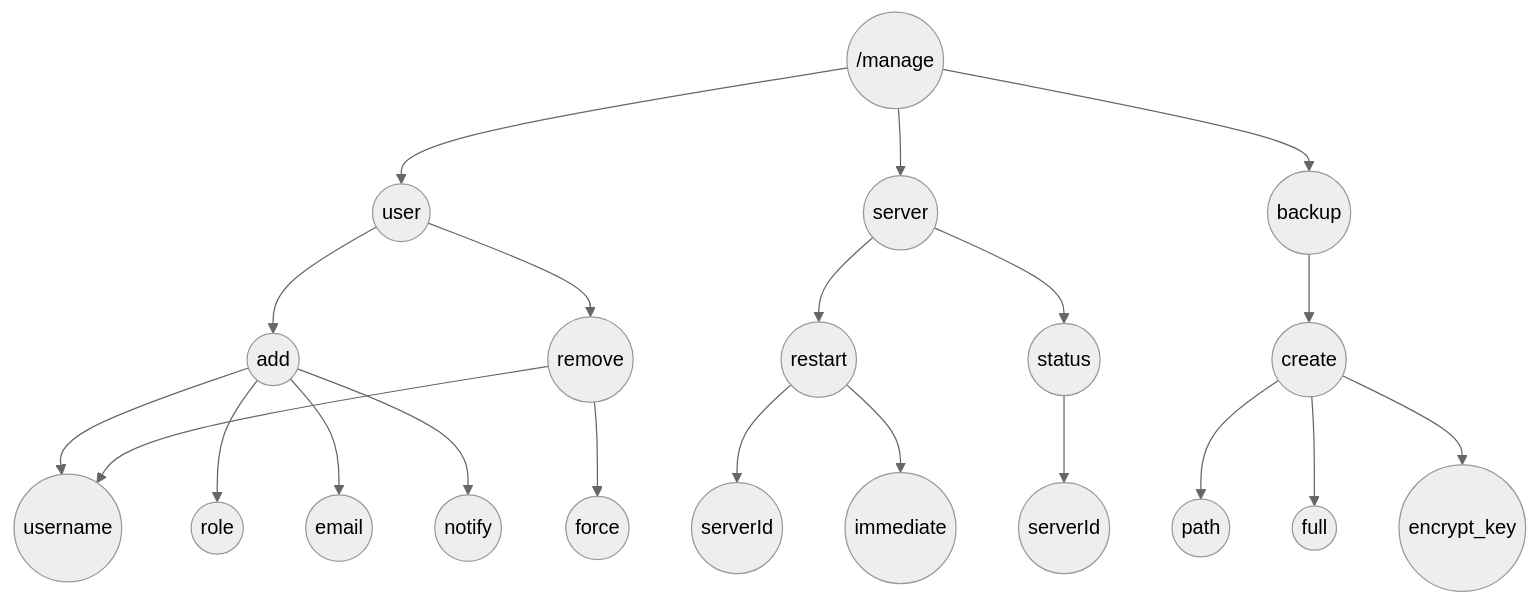
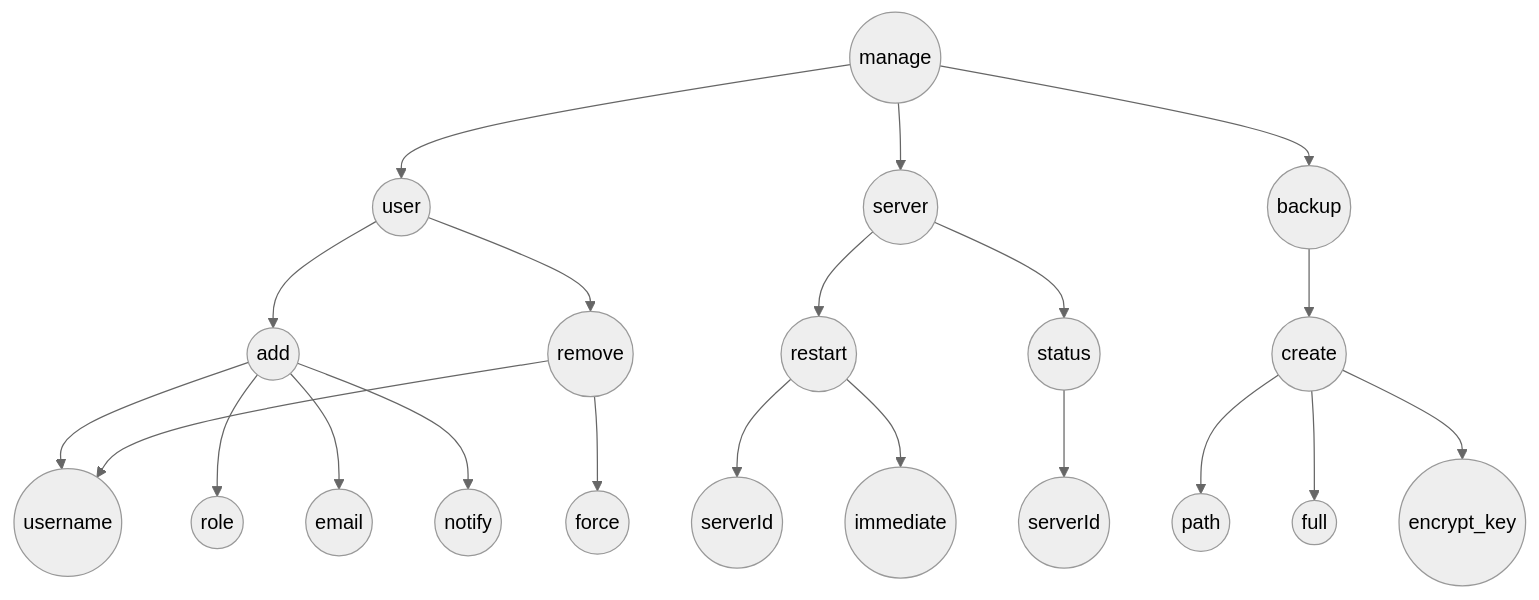
One commit to MeveraStudios/Documentation changed the diagram in docs/Imperat/extra/CommandTree.mdx. Above: the diagram before and after it, drawn with Mermaid (neutral theme).

Commit message:
Removed unnecessary '/'

````diff
--- a/docs/Imperat/extra/CommandTree.mdx
+++ b/docs/Imperat/extra/CommandTree.mdx
@@ -26,45 +26,45 @@
 ```mermaid
 %% CommandTree: N-ary tree of commands and arguments (all circles, default style)
 flowchart TD
-    Manage((/manage))
+    Manage((manage))
     User((user))
     Server((server))
     Backup((backup))
     Add((add))
     Remove((remove))
     Restart((restart))
     Status((status))
     Create((create))
     Username((username))
     Role((role))
     Email((email))
     Notify((notify))
     Force((force))
     ServerId1((serverId))
     Immediate((immediate))
     ServerId2((serverId))
     Path((path))
     Full((full))
     Encrypt((encrypt_key))
 
     Manage --> User
     Manage --> Server
     Manage --> Backup
     User --> Add
     User --> Remove
     Add --> Username
     Add --> Role
     Add --> Email
     Add --> Notify
     Remove --> Username
     Remove --> Force
     Server --> Restart
     Server --> Status
     Restart --> ServerId1
     Restart --> Immediate
     Status --> ServerId2
     Backup --> Create
     Create --> Path
     Create --> Full
     Create --> Encrypt
 ```
````
